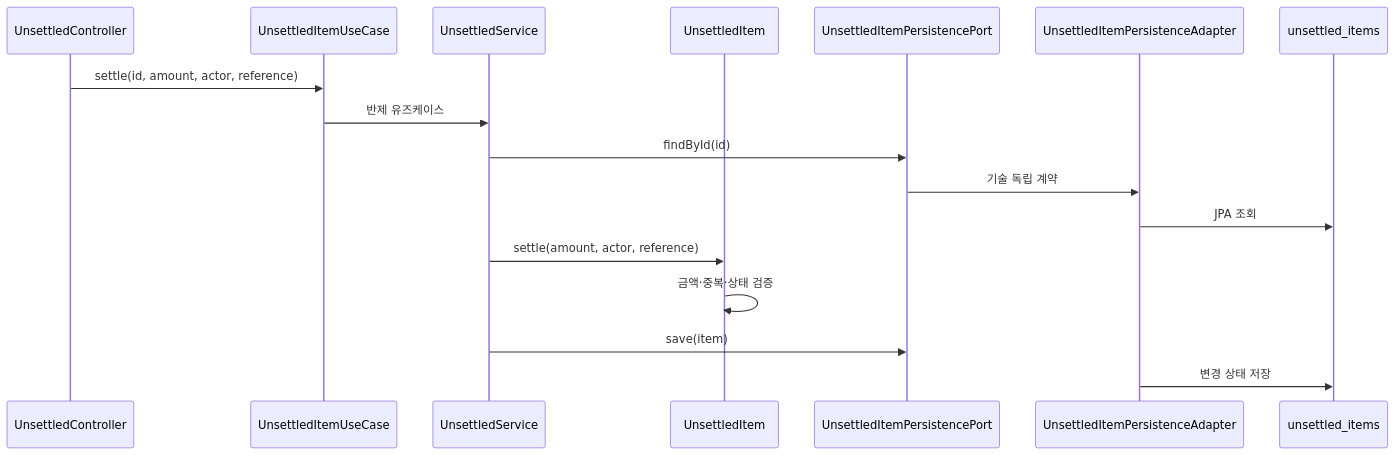
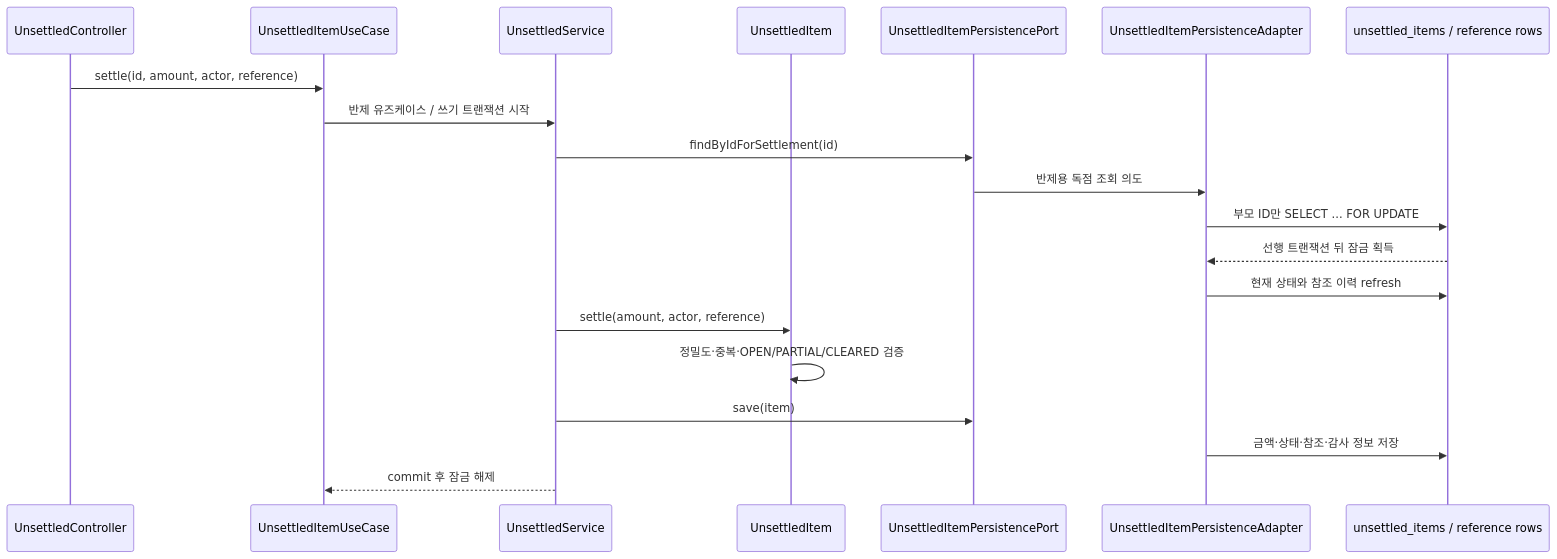
One commit to skyg547/account changed the second of 3 diagrams in journal-ledger/docs/process-flow.md. Above: the diagram before and after it, drawn with Mermaid. The commit also changed other lines of this file and 11 other files, not shown here.

````diff
--- a/journal-ledger/docs/process-flow.md
+++ b/journal-ledger/docs/process-flow.md
@@ -137,20 +137,23 @@
 ```mermaid
 sequenceDiagram
     participant API as UnsettledController
     participant PortIn as UnsettledItemUseCase
     participant Service as UnsettledService
     participant Domain as UnsettledItem
     participant PortOut as UnsettledItemPersistencePort
     participant Adapter as UnsettledItemPersistenceAdapter
-    participant DB as unsettled_items
+    participant DB as unsettled_items / reference rows
 
     API->>PortIn: settle(id, amount, actor, reference)
-    PortIn->>Service: 반제 유즈케이스
-    Service->>PortOut: findById(id)
-    PortOut->>Adapter: 기술 독립 계약
-    Adapter->>DB: JPA 조회
+    PortIn->>Service: 반제 유즈케이스 / 쓰기 트랜잭션 시작
+    Service->>PortOut: findByIdForSettlement(id)
+    PortOut->>Adapter: 반제용 독점 조회 의도
+    Adapter->>DB: 부모 ID만 SELECT ... FOR UPDATE
+    DB-->>Adapter: 선행 트랜잭션 뒤 잠금 획득
+    Adapter->>DB: 현재 상태와 참조 이력 refresh
     Service->>Domain: settle(amount, actor, reference)
-    Domain->>Domain: 금액·중복·상태 검증
+    Domain->>Domain: 정밀도·중복·OPEN/PARTIAL/CLEARED 검증
     Service->>PortOut: save(item)
-    Adapter->>DB: 변경 상태 저장
+    Adapter->>DB: 금액·상태·참조·감사 정보 저장
+    Service-->>PortIn: commit 후 잠금 해제
 ```
````
